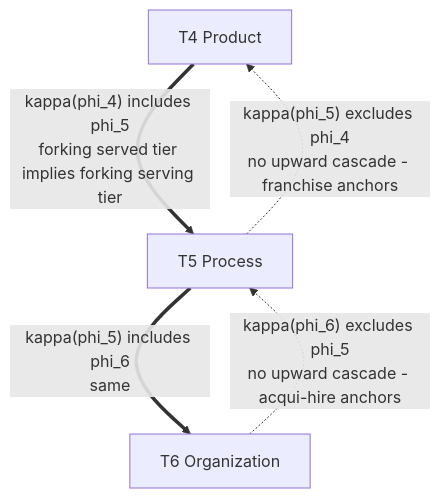
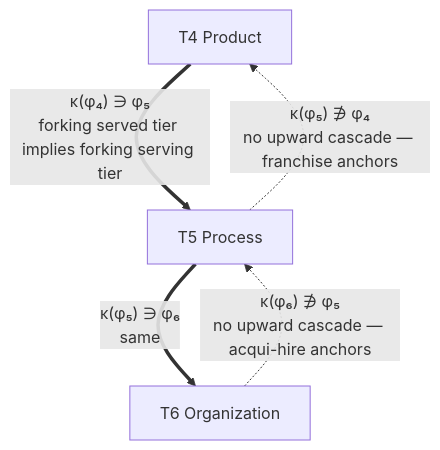
Before and after one commit to spectralbranding/orgschema-papers: the second of 3 diagrams in tier-bundle-algebra/paper.md, drawn with Mermaid. The commit also changed other lines of this file, not shown here.

Commit message:
tier-bundle-algebra: Unicode Greek symbols in figures (match paper math typography)

````diff
--- a/tier-bundle-algebra/paper.md
+++ b/tier-bundle-algebra/paper.md
@@ -173,11 +173,11 @@
 ```{.mermaid width=50%}
 flowchart TB
     T4["T4 Product"]
     T5["T5 Process"]
     T6["T6 Organization"]
 
-    T4 == "kappa(phi_4) includes phi_5<br/>forking served tier implies forking serving tier" ==> T5
-    T5 == "kappa(phi_5) includes phi_6<br/>same" ==> T6
-    T5 -. "kappa(phi_5) excludes phi_4<br/>no upward cascade - franchise anchors" .-> T4
-    T6 -. "kappa(phi_6) excludes phi_5<br/>no upward cascade - acqui-hire anchors" .-> T5
+    T4 == "κ(φ₄) ∋ φ₅<br/>forking served tier implies forking serving tier" ==> T5
+    T5 == "κ(φ₅) ∋ φ₆<br/>same" ==> T6
+    T5 -. "κ(φ₅) ∌ φ₄<br/>no upward cascade — franchise anchors" .-> T4
+    T6 -. "κ(φ₆) ∌ φ₅<br/>no upward cascade — acqui-hire anchors" .-> T5
 ```
````
